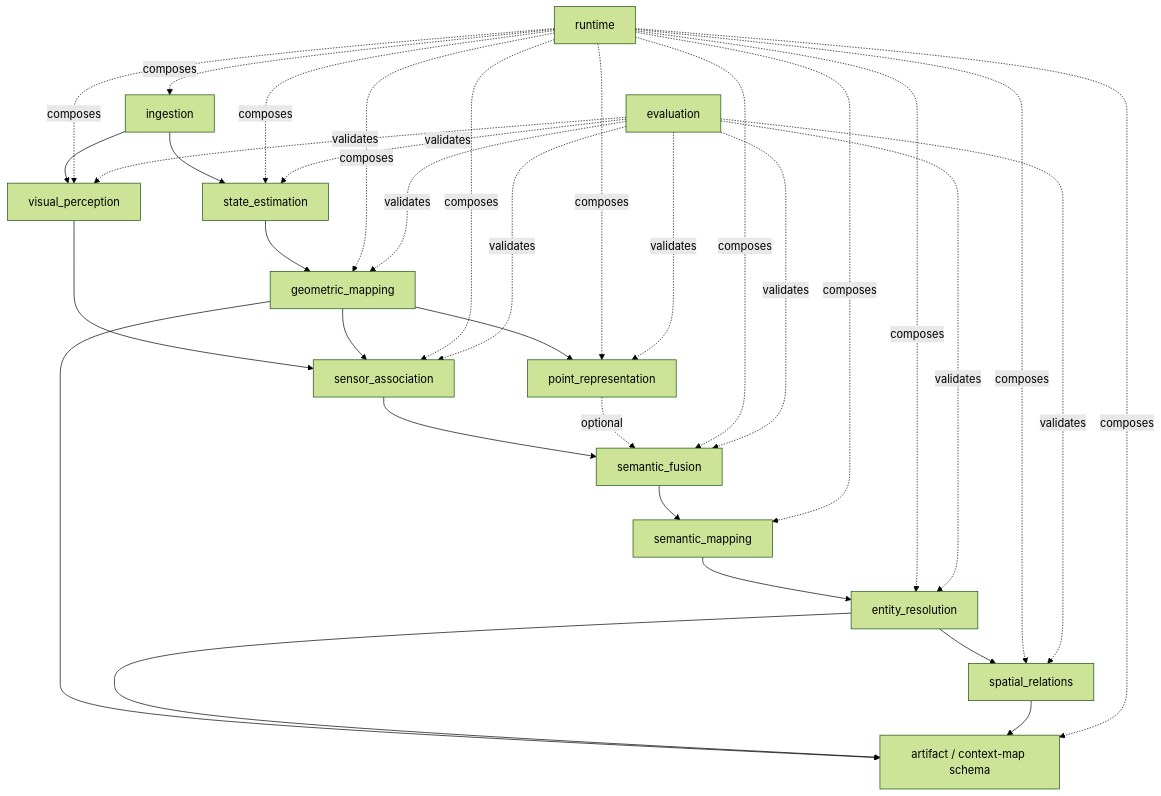
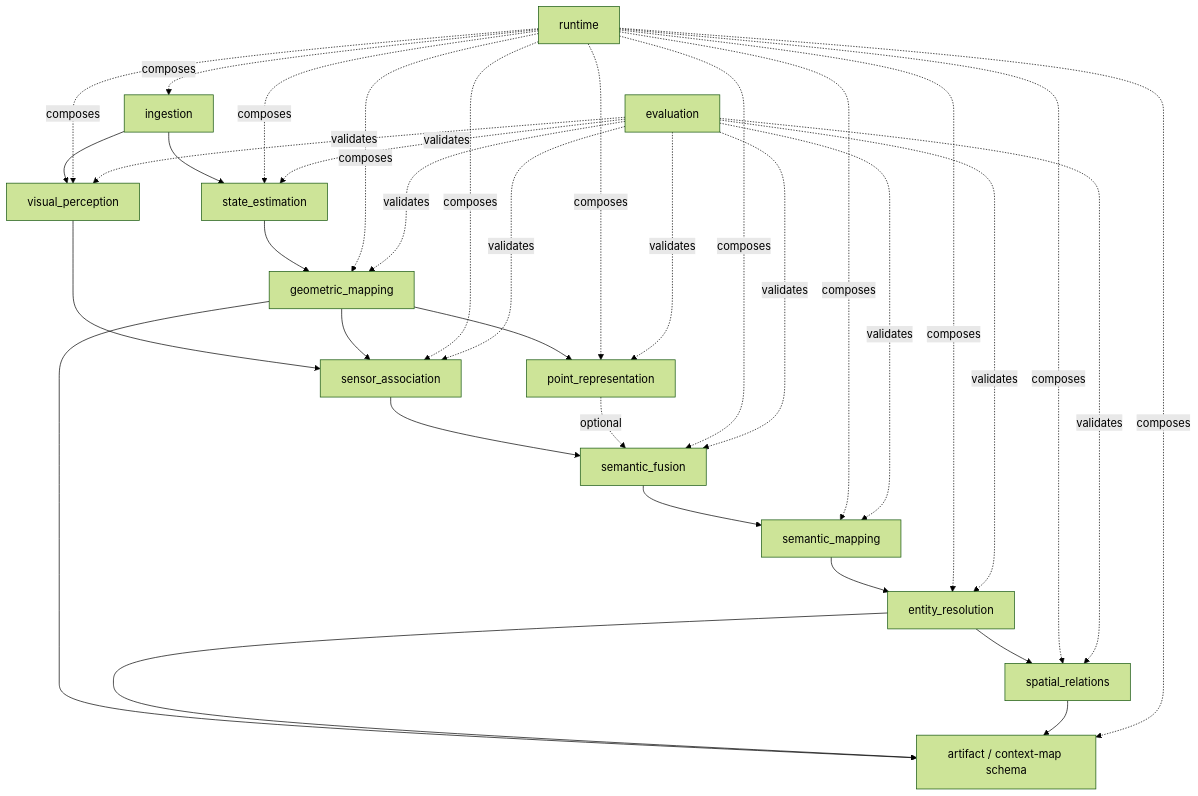
Before and after one commit to Alexandre-Tortoza/contextmap2: the second of 7 diagrams in docs/architecture.md, drawn with Mermaid (forest theme). The commit also changed 4 other files, not shown here.

````diff
--- a/docs/architecture.md
+++ b/docs/architecture.md
@@ -54,56 +54,57 @@
 ```mermaid
 flowchart TD
     ING[ingestion]
     VP[visual_perception]
     ST[state_estimation]
     GM[geometric_mapping]
     SA[sensor_association]
     PR[point_representation]
     SF[semantic_fusion]
     SM[semantic_mapping]
     ER[entity_resolution]
     SR[spatial_relations]
     ART[artifact / context-map schema]
     RT[runtime]
     EV[evaluation]
 
     ING --> VP
     ING --> ST
     ST --> GM
 
     VP --> SA
     GM --> SA
 
     GM --> PR
     SA --> SF
     PR -. optional .-> SF
 
     SF --> SM
     SM --> ER
     ER --> SR
 
     GM --> ART
     ER --> ART
     SR --> ART
 
     RT -. composes .-> ING
     RT -. composes .-> VP
     RT -. composes .-> ST
     RT -. composes .-> GM
     RT -. composes .-> SA
     RT -. composes .-> PR
     RT -. composes .-> SF
     RT -. composes .-> SM
     RT -. composes .-> ER
     RT -. composes .-> SR
     RT -. composes .-> ART
 
     EV -. validates .-> VP
     EV -. validates .-> ST
     EV -. validates .-> GM
     EV -. validates .-> SA
     EV -. validates .-> PR
     EV -. validates .-> SF
+    EV -. validates .-> SM
     EV -. validates .-> ER
     EV -. validates .-> SR
 ```
````
